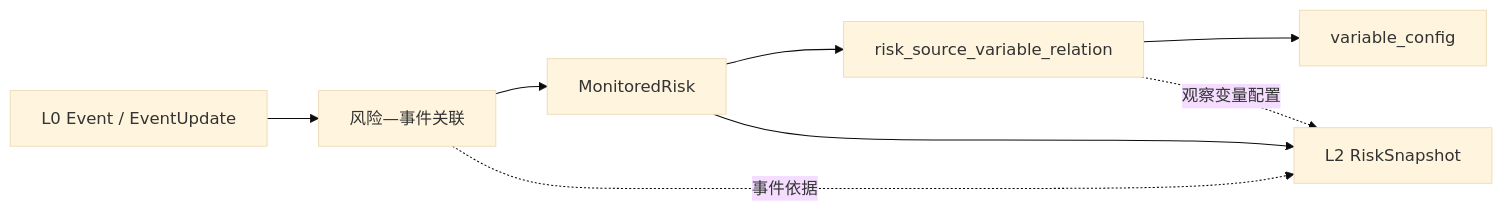
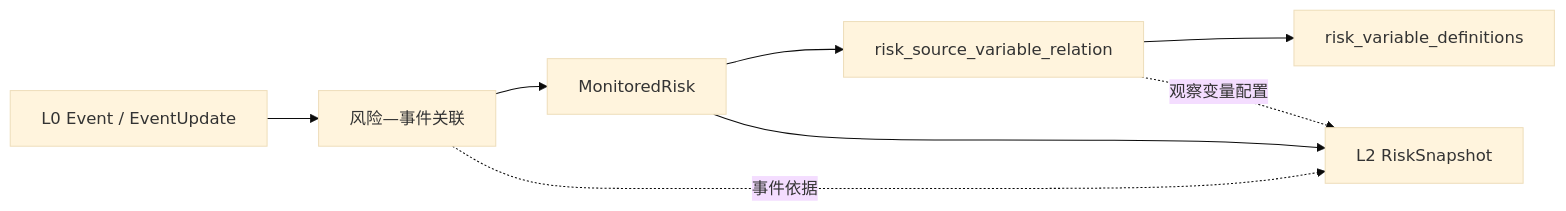
The sixth of 6 diagrams in tools/RiskHot/docs/system-design/02-业务架构与领域设计/RiskHot_L1_风险识别与纳管层_业务架构与领域设计.md (caojingwen1996/obsidian_kb), drawn with Mermaid (base theme) before and after one commit. The commit also changed other lines of this file and 517 other files, not shown here.

````diff
--- a/tools/RiskHot/docs/system-design/02-业务架构与领域设计/RiskHot_L1_风险识别与纳管层_业务架构与领域设计.md
+++ b/tools/RiskHot/docs/system-design/02-业务架构与领域设计/RiskHot_L1_风险识别与纳管层_业务架构与领域设计.md
@@ -946,14 +946,14 @@
 ```mermaid
 flowchart LR
     E["L0 Event / EventUpdate"]
     RE["风险—事件关联"]
     R["MonitoredRisk"]
     RV["risk_source_variable_relation"]
-    V["variable_config"]
+    V["risk_variable_definitions"]
     L2["L2 RiskSnapshot"]
     E --> RE --> R
     R --> RV --> V
     R --> L2
     RE -.->|事件依据| L2
     RV -.->|观察变量配置| L2
 ```
````
